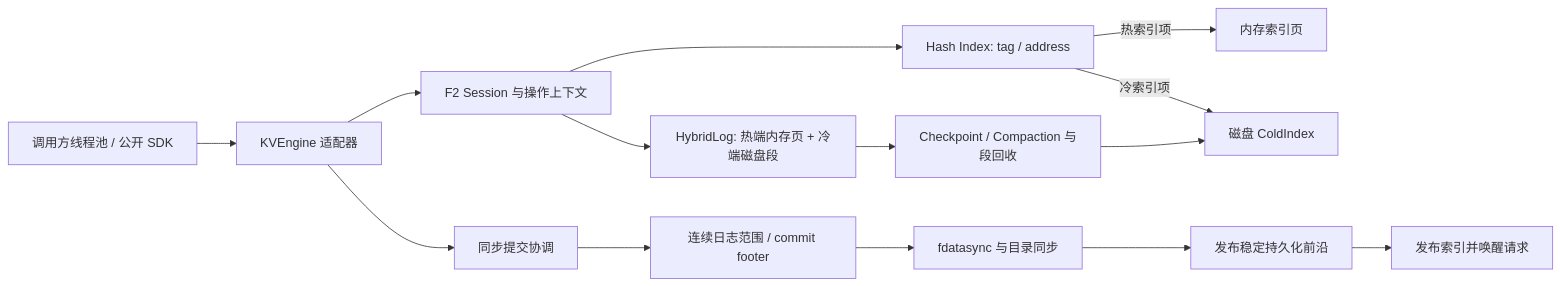
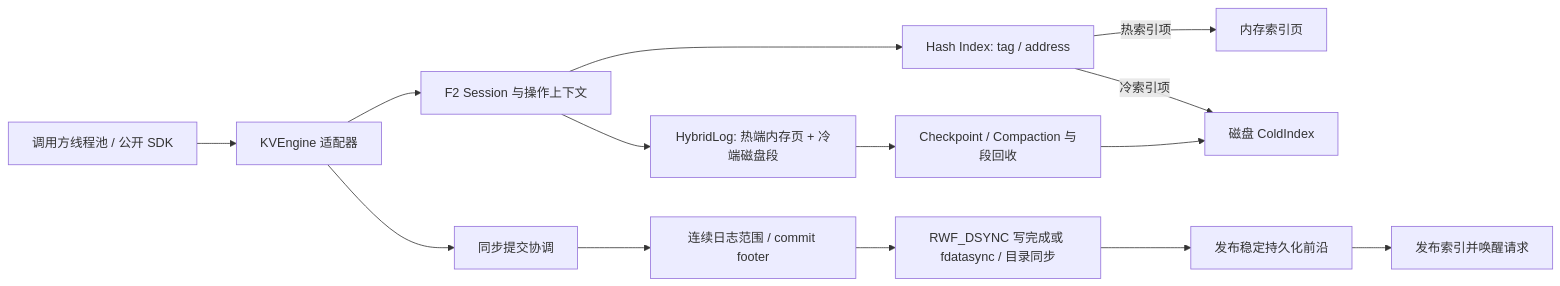
The diagram in docs/architecture.md (Vivian5510/taycan-challenge), drawn with Mermaid before and after one commit. The commit also changed other lines of this file and 16 other files, not shown here.

````diff
--- a/docs/architecture.md
+++ b/docs/architecture.md
@@ -11,16 +11,16 @@
 ```mermaid
 flowchart LR
   C[调用方线程池 / 公开 SDK] --> A[KVEngine 适配器]
   A --> F[F2 Session 与操作上下文]
   F --> H[HybridLog: 热端内存页 + 冷端磁盘段]
   F --> I[Hash Index: tag / address]
   I -->|热索引项| M[内存索引页]
   I -->|冷索引项| D[磁盘 ColdIndex]
   A --> Q[同步提交协调]
   Q --> W[连续日志范围 / commit footer]
-  W --> S[fdatasync 与目录同步]
+  W --> S[RWF_DSYNC 写完成或 fdatasync / 目录同步]
   S --> P[发布稳定持久化前沿]
   P --> R[发布索引并唤醒请求]
   H --> G[Checkpoint / Compaction 与段回收]
   G --> D
 ```
````
